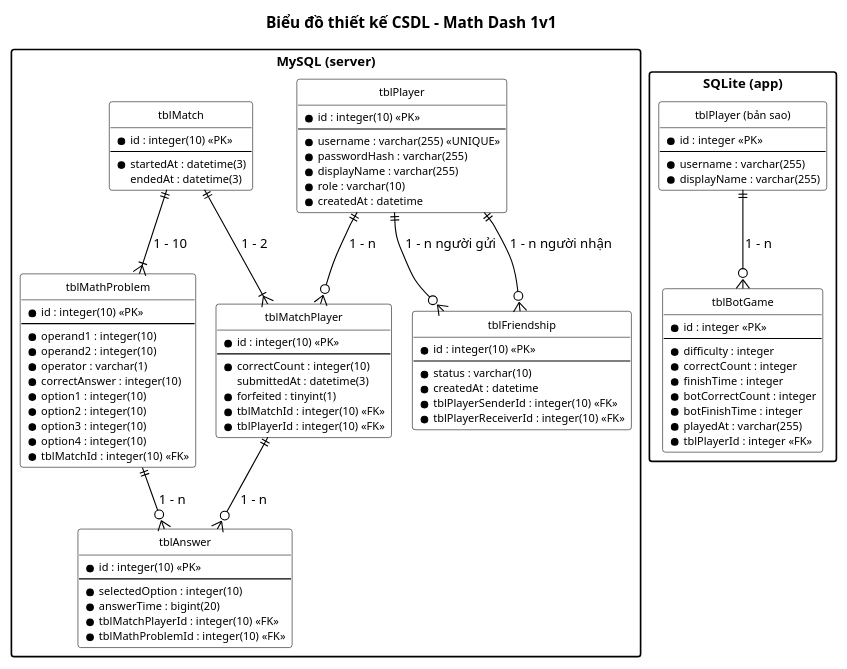
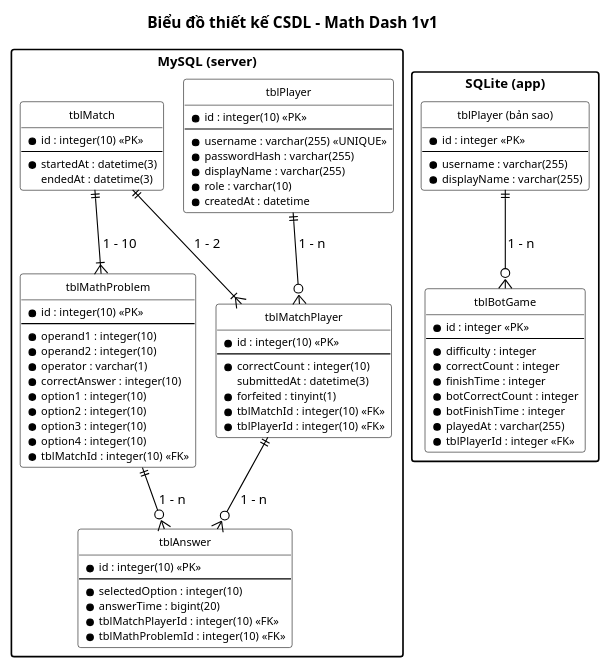
Before and after one commit to HungNguyenBa1811/math-dash: the diagram in docs/chung/csdl.puml, drawn with PlantUML. The commit also changed 27 other files, not shown here.

```diff
--- a/docs/chung/csdl.puml
+++ b/docs/chung/csdl.puml
@@ -1,103 +1,93 @@
 @startuml csdl
 !pragma layout smetana
 ' === VP Base Theme v2 ===
 skinparam defaultFontName "Segoe UI"
 skinparam defaultFontSize 12
 skinparam shadowing false
 skinparam arrowColor #000000
 skinparam lineColor #000000
 hide circle
 skinparam class {
   BackgroundColor #FFFFFF
   BorderColor #000000
   FontSize 11
   AttributeFontSize 10
 }
 skinparam packageStyle rectangle
 title Biểu đồ thiết kế CSDL – Math Dash 1v1
 
 package "MySQL (server)" {
   entity "tblPlayer" as SP {
     * id : integer(10) <<PK>>
     --
     * username : varchar(255) <<UNIQUE>>
     * passwordHash : varchar(255)
     * displayName : varchar(255)
     * role : varchar(10)
     * createdAt : datetime
   }
   entity "tblMatch" as SM {
     * id : integer(10) <<PK>>
     --
     * startedAt : datetime(3)
     endedAt : datetime(3)
   }
   entity "tblMathProblem" as SQ {
     * id : integer(10) <<PK>>
     --
     * operand1 : integer(10)
     * operand2 : integer(10)
     * operator : varchar(1)
     * correctAnswer : integer(10)
     * option1 : integer(10)
     * option2 : integer(10)
     * option3 : integer(10)
     * option4 : integer(10)
     * tblMatchId : integer(10) <<FK>>
   }
   entity "tblMatchPlayer" as SMP {
     * id : integer(10) <<PK>>
     --
     * correctCount : integer(10)
     submittedAt : datetime(3)
     * forfeited : tinyint(1)
     * tblMatchId : integer(10) <<FK>>
     * tblPlayerId : integer(10) <<FK>>
   }
   entity "tblAnswer" as SA {
     * id : integer(10) <<PK>>
     --
     * selectedOption : integer(10)
     * answerTime : bigint(20)
     * tblMatchPlayerId : integer(10) <<FK>>
     * tblMathProblemId : integer(10) <<FK>>
   }
-  entity "tblFriendship" as SF {
-    * id : integer(10) <<PK>>
-    --
-    * status : varchar(10)
-    * createdAt : datetime
-    * tblPlayerSenderId : integer(10) <<FK>>
-    * tblPlayerReceiverId : integer(10) <<FK>>
-  }
 }
 
 package "SQLite (app)" {
   entity "tblPlayer (bản sao)" as AP {
     * id : integer <<PK>>
     --
     * username : varchar(255)
     * displayName : varchar(255)
   }
   entity "tblBotGame" as ABG {
     * id : integer <<PK>>
     --
     * difficulty : integer
     * correctCount : integer
     * finishTime : integer
     * botCorrectCount : integer
     * botFinishTime : integer
     * playedAt : varchar(255)
     * tblPlayerId : integer <<FK>>
   }
 }
 
 SM ||--|{ SMP : "1 - 2"
 SM ||--|{ SQ : "1 - 10"
 SP ||--o{ SMP : "1 - n"
 SMP ||--o{ SA : "1 - n"
 SQ ||--o{ SA : "1 - n"
-SP ||--o{ SF : "1 - n người gửi"
-SP ||--o{ SF : "1 - n người nhận"
 AP ||--o{ ABG : "1 - n"
 @enduml
```
